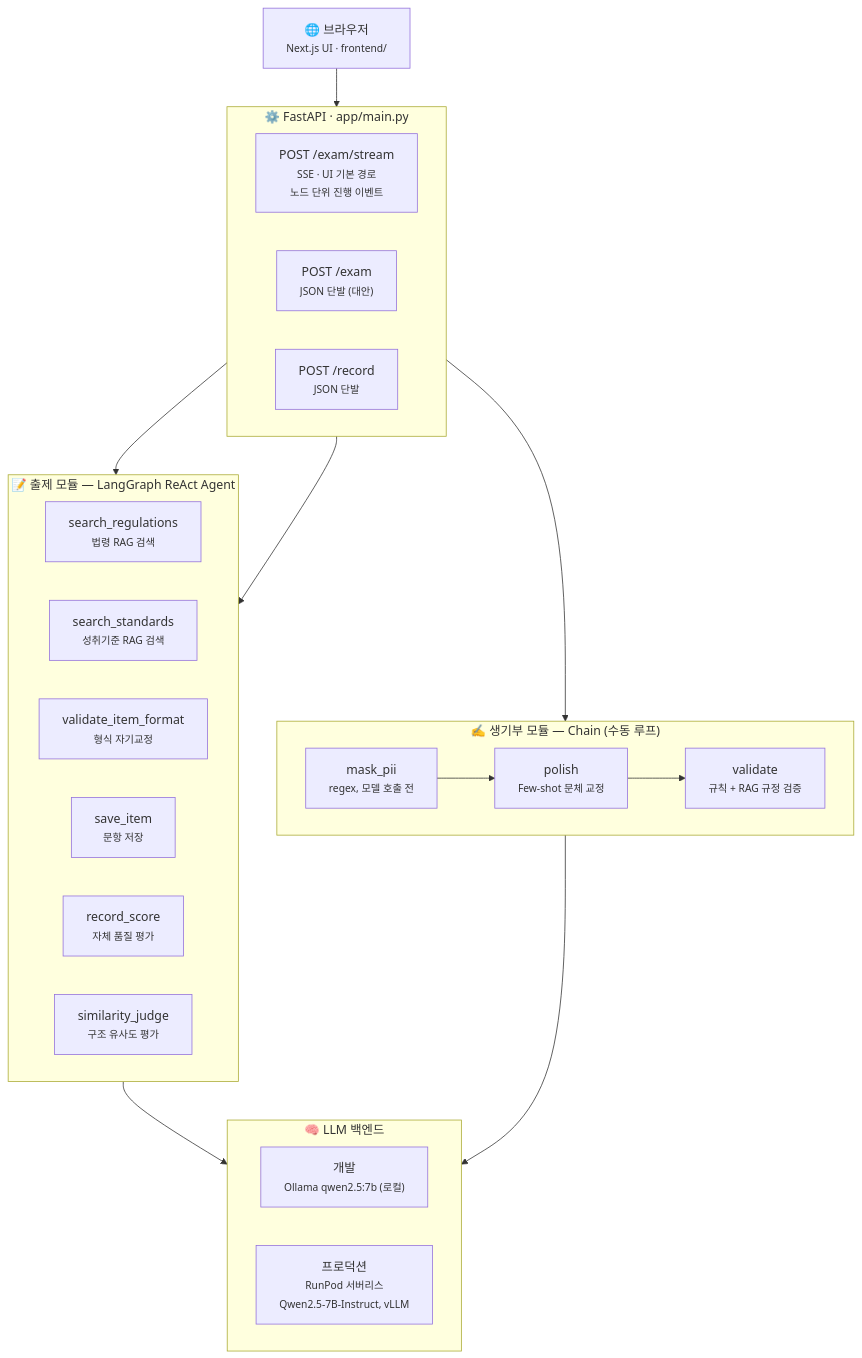
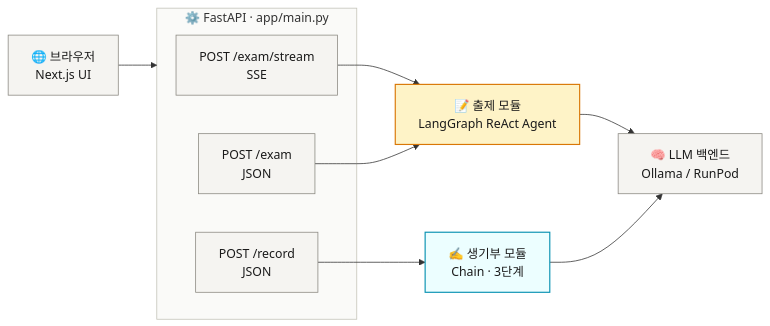
One commit to MachuEngine/bunpil changed the first of 4 diagrams in README.md. Above: the diagram before and after it, drawn with Mermaid. The commit also changed other lines of this file, not shown here.

First line of the commit message:
docs: README Mermaid 다이어그램 텍스트 잘림 수정 + 색상·레이아웃 정리

````diff
--- a/README.md
+++ b/README.md
@@ -14,39 +14,30 @@
 ```mermaid
-flowchart TD
-    Browser["🌐 브라우저<br/><small>Next.js UI · frontend/</small>"] --> API
+flowchart LR
+    Browser["🌐 브라우저<br/>Next.js UI"]
 
     subgraph API["⚙️ FastAPI · app/main.py"]
-        direction LR
-        E1["POST /exam/stream<br/><small>SSE · UI 기본 경로<br/>노드 단위 진행 이벤트</small>"]
-        E2["POST /exam<br/><small>JSON 단발 (대안)</small>"]
-        E3["POST /record<br/><small>JSON 단발</small>"]
+        E1["POST /exam/stream<br/>SSE"]
+        E2["POST /exam<br/>JSON"]
+        E3["POST /record<br/>JSON"]
     end
 
+    ExamMod["📝 출제 모듈<br/>LangGraph ReAct Agent"]
+    RecordMod["✍️ 생기부 모듈<br/>Chain · 3단계"]
+    LLM["🧠 LLM 백엔드<br/>Ollama / RunPod"]
+
+    Browser --> API
     E1 --> ExamMod
     E2 --> ExamMod
     E3 --> RecordMod
-
-    subgraph ExamMod["📝 출제 모듈 — LangGraph ReAct Agent"]
-        direction LR
-        T1["search_regulations<br/><small>법령 RAG 검색</small>"]
-        T2["search_standards<br/><small>성취기준 RAG 검색</small>"]
-        T3["validate_item_format<br/><small>형식 자기교정</small>"]
-        T4["save_item<br/><small>문항 저장</small>"]
-        T5["record_score<br/><small>자체 품질 평가</small>"]
-        T6["similarity_judge<br/><small>구조 유사도 평가</small>"]
-    end
-
-    subgraph RecordMod["✍️ 생기부 모듈 — Chain (수동 루프)"]
-        direction LR
-        M1["mask_pii<br/><small>regex, 모델 호출 전</small>"] --> M2["polish<br/><small>Few-shot 문체 교정</small>"] --> M3["validate<br/><small>규칙 + RAG 규정 검증</small>"]
-    end
-
     ExamMod --> LLM
     RecordMod --> LLM
 
-    subgraph LLM["🧠 LLM 백엔드"]
-        direction LR
-        Dev["개발<br/><small>Ollama qwen2.5:7b (로컬)</small>"]
-        Prod["프로덕션<br/><small>RunPod 서버리스<br/>Qwen2.5-7B-Instruct, vLLM</small>"]
-    end
+    class Browser,E1,E2,E3,LLM neutral
+    class ExamMod exam
+    class RecordMod record
+    style API fill:#FAFAF8,stroke:#C3C2B7,stroke-width:1px
+
+    classDef neutral fill:#F5F4F1,stroke:#8A8880,stroke-width:1px,color:#1A1A1A
+    classDef exam fill:#FEF3C7,stroke:#D97706,stroke-width:1.5px,color:#1A1A1A
+    classDef record fill:#ECFEFF,stroke:#0891B2,stroke-width:1.5px,color:#1A1A1A
 ```
````
